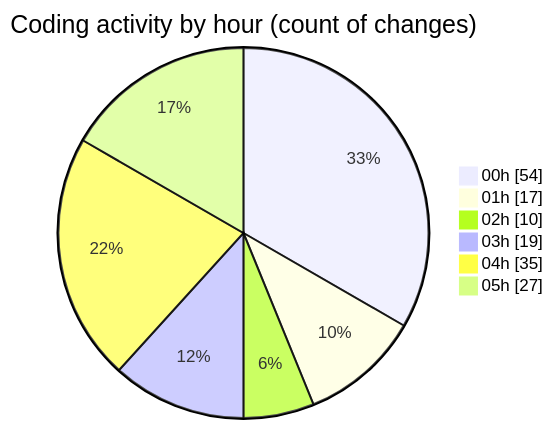
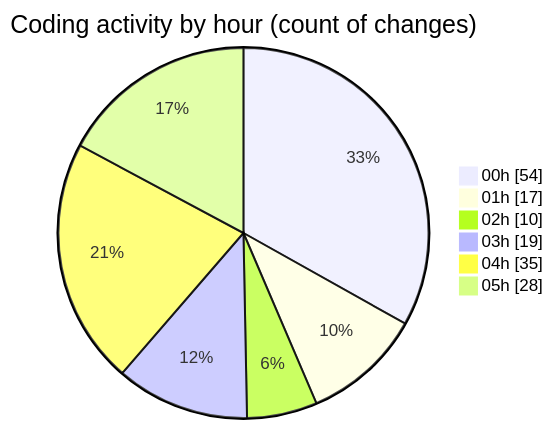
Before and after one commit to lephambinh05/code-tracking: the second of 2 diagrams in 2025-07-26/quanlyrapchieuphim-1/README.md, drawn with Mermaid. The commit also changed other lines of this file and 1 other file, not shown here.

````diff
--- a/2025-07-26/quanlyrapchieuphim-1/README.md
+++ b/2025-07-26/quanlyrapchieuphim-1/README.md
@@ -52,10 +52,10 @@
 ```mermaid
 pie showData
 title Coding activity by hour (count of changes)
 "00h" : 54
 "01h" : 17
 "02h" : 10
 "03h" : 19
 "04h" : 35
-"05h" : 27
+"05h" : 28
 ```
````
